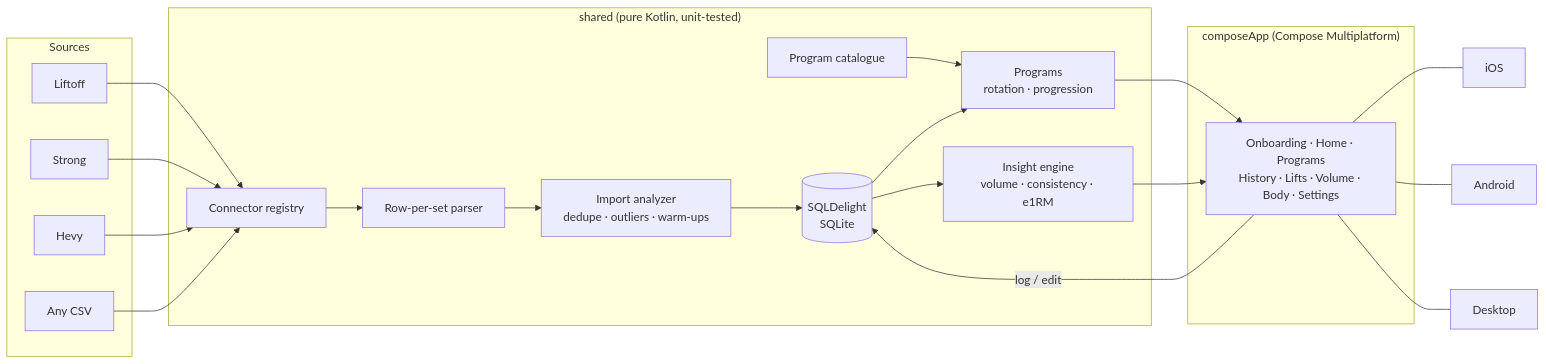
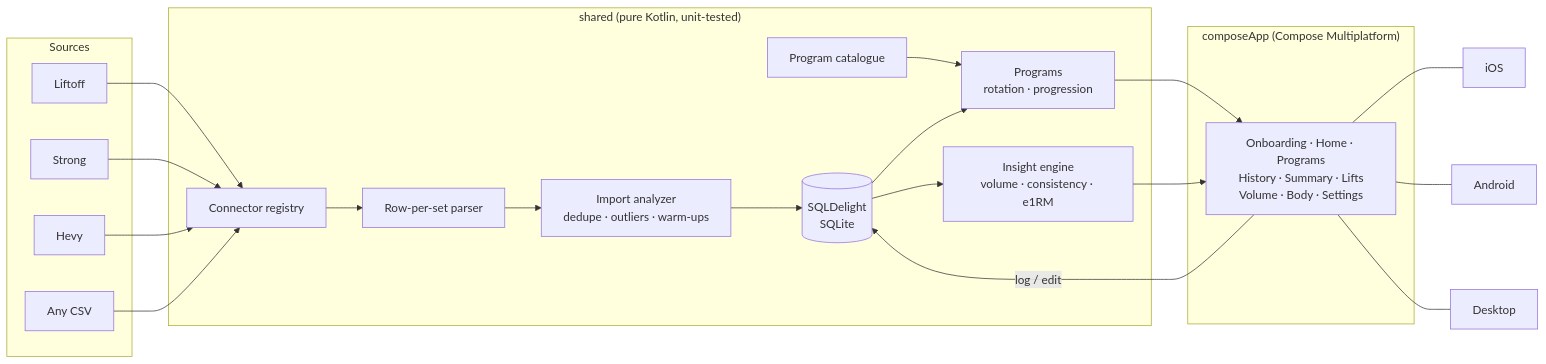
The diagram in README.md (gerra/gains), drawn with Mermaid before and after one commit. The commit also changed other lines of this file and 23 other files, not shown here.

````diff
--- a/README.md
+++ b/README.md
@@ -375,25 +388,25 @@
 ```mermaid
 flowchart LR
   subgraph Sources
     L[Liftoff]
     S[Strong]
     H[Hevy]
     C[Any CSV]
   end
   subgraph shared["shared (pure Kotlin, unit-tested)"]
     R[Connector registry] --> P[Row-per-set parser]
     P --> A[Import analyzer<br/>dedupe · outliers · warm-ups]
     A --> DB[(SQLDelight<br/>SQLite)]
     DB --> E[Insight engine<br/>volume · consistency · e1RM]
     PC[Program catalogue] --> PR[Programs<br/>rotation · progression]
     DB --> PR
   end
   subgraph composeApp["composeApp (Compose Multiplatform)"]
-    UI[Onboarding · Home · Programs<br/>History · Lifts · Volume · Body · Settings]
+    UI[Onboarding · Home · Programs<br/>History · Summary · Lifts<br/>Volume · Body · Settings]
   end
   PR --> UI
   L & S & H & C --> R
   E --> UI
   UI -->|log / edit| DB
   UI --- iOS & Android & Desktop
 ```
````
